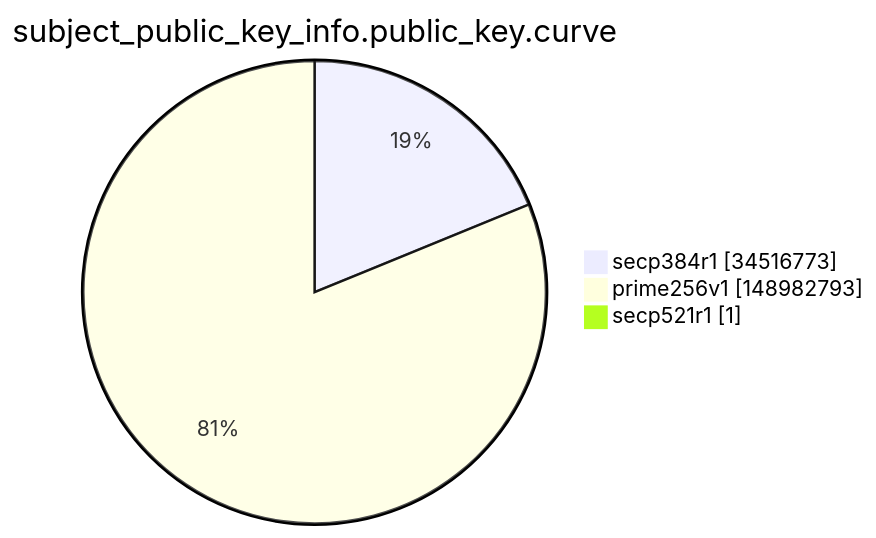
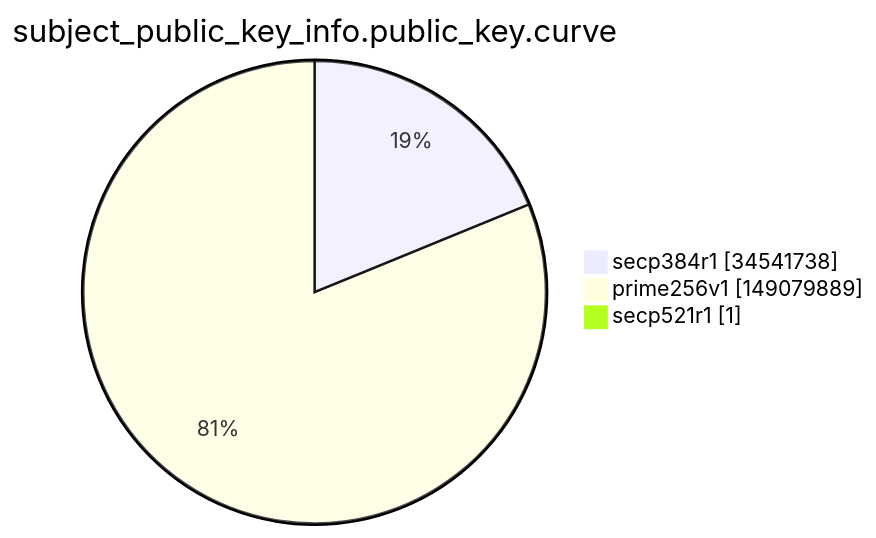
One commit to christiankrug/ctmonitor_visualization changed the ninth of 15 diagrams in argon2022/README.md. Above: the diagram before and after it, drawn with Mermaid. The commit also changed other lines of this file, not shown here.

````diff
--- a/argon2022/README.md
+++ b/argon2022/README.md
@@ -2764,7 +2764,7 @@
 ```mermaid
 pie showData
 title subject_public_key_info.public_key.curve
-"secp384r1" :34516773
-"prime256v1" :148982793
+"secp384r1" :34541738
+"prime256v1" :149079889
 "secp521r1" :1
 ```
````
